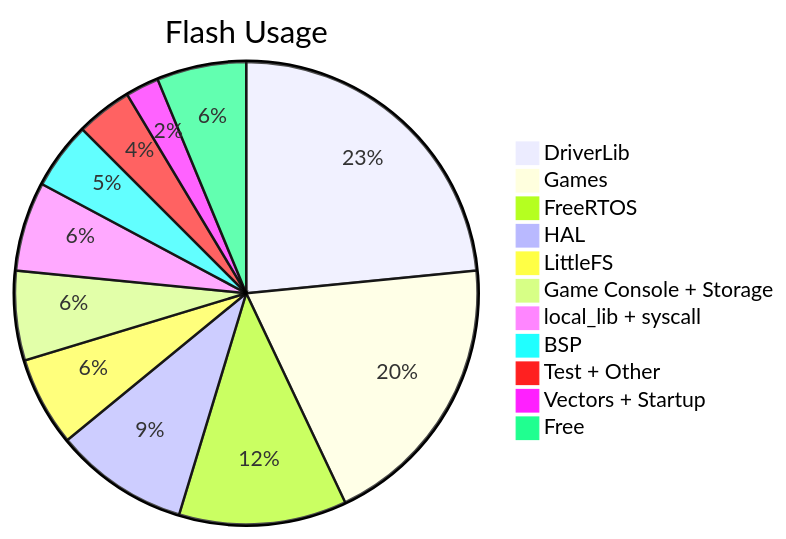
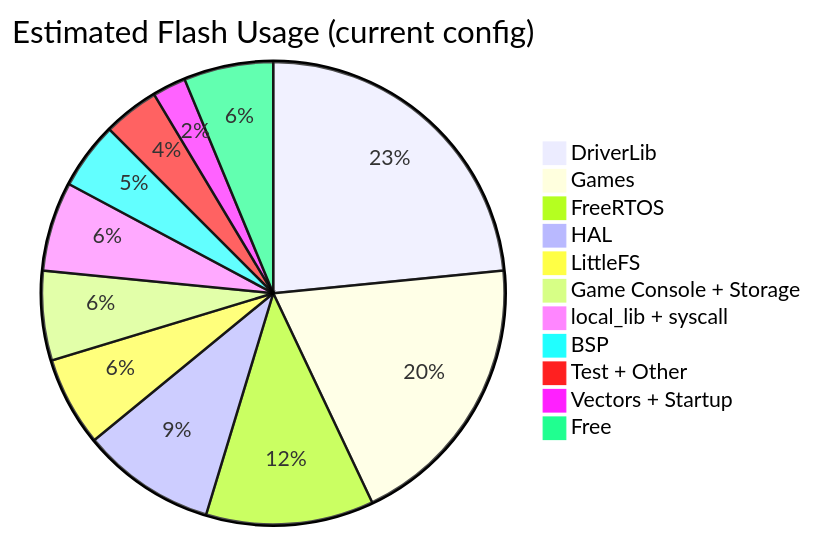
Before and after one commit to OohShuo/mspm0g3507_framework: the diagram in docs/en/12_memory_layout.md, drawn with Mermaid. The commit also changed other lines of this file and 22 other files, not shown here.

````diff
--- a/docs/en/12_memory_layout.md
+++ b/docs/en/12_memory_layout.md
@@ -16,14 +18,14 @@
 ```mermaid
-pie title Flash Usage
+pie title Estimated Flash Usage (current config)
     "DriverLib" : 30
     "Games" : 25
     "FreeRTOS" : 15
     "HAL" : 12
     "LittleFS" : 8
     "Game Console + Storage" : 8
     "local_lib + syscall" : 8
     "BSP" : 6
     "Test + Other" : 5
     "Vectors + Startup" : 3
     "Free" : 8
 ```
````
